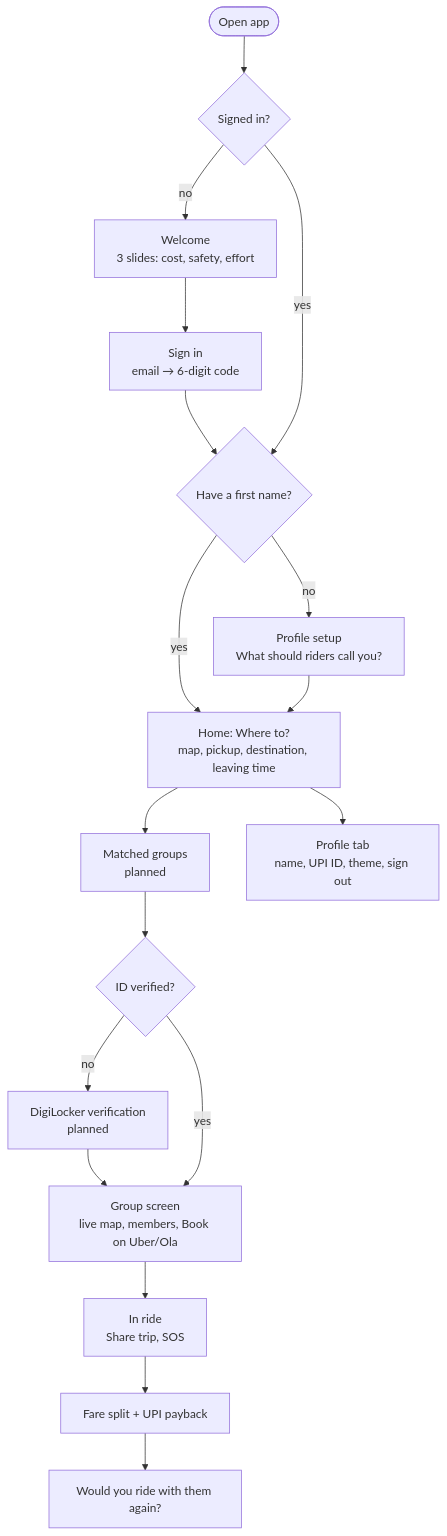
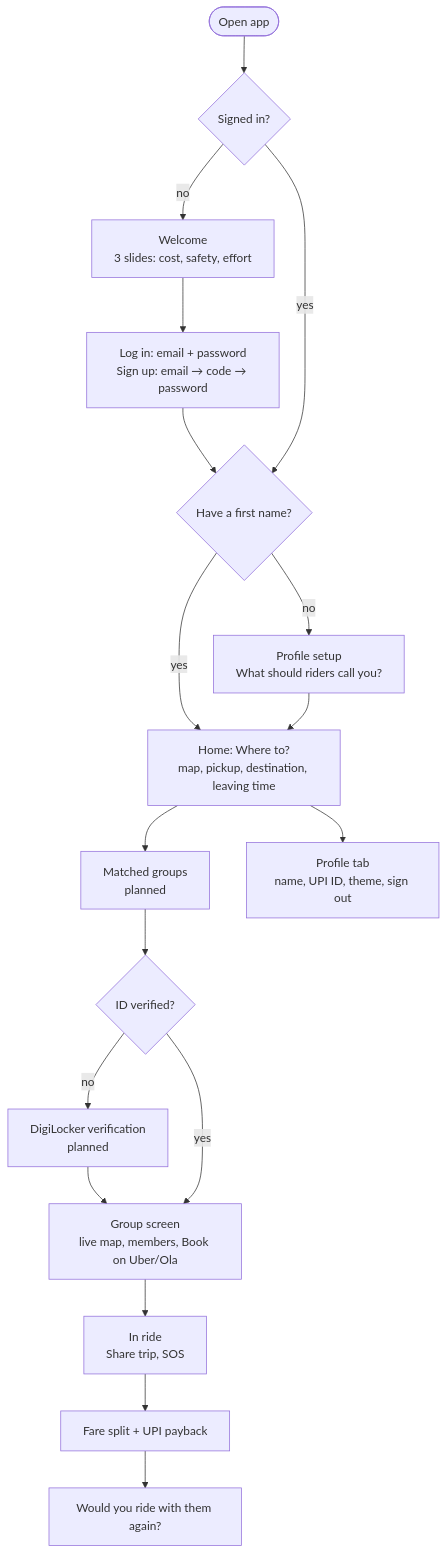
The fourth of 14 diagrams in README.md (yatinsingh2007/HopShare), drawn with Mermaid before and after one commit. The commit also changed other lines of this file and 9 other files, not shown here.

First line of the commit message:
feat: email + password sign-up and login, passwords in our DB

````diff
--- a/README.md
+++ b/README.md
@@ -193,20 +193,20 @@
 ```mermaid
 flowchart TD
     Start([Open app]) --> Signed{Signed in?}
     Signed -- no --> Welcome[Welcome<br/>3 slides: cost, safety, effort]
-    Welcome --> SignIn[Sign in<br/>email → 6-digit code]
+    Welcome --> SignIn[Log in: email + password<br/>Sign up: email → code → password]
     SignIn --> Name{Have a first name?}
     Signed -- yes --> Name
     Name -- no --> Setup[Profile setup<br/>What should riders call you?]
     Name -- yes --> Home
     Setup --> Home[Home: Where to?<br/>map, pickup, destination, leaving time]
     Home --> Groups[Matched groups<br/>planned]
     Groups --> Gate{ID verified?}
     Gate -- no --> Verify[DigiLocker verification<br/>planned]
     Verify --> Group
     Gate -- yes --> Group[Group screen<br/>live map, members, Book on Uber/Ola]
     Group --> Ride[In ride<br/>Share trip, SOS]
     Ride --> Fare[Fare split + UPI payback]
     Fare --> Feedback[Would you ride with them again?]
     Home --> Profile[Profile tab<br/>name, UPI ID, theme, sign out]
 ```
````
